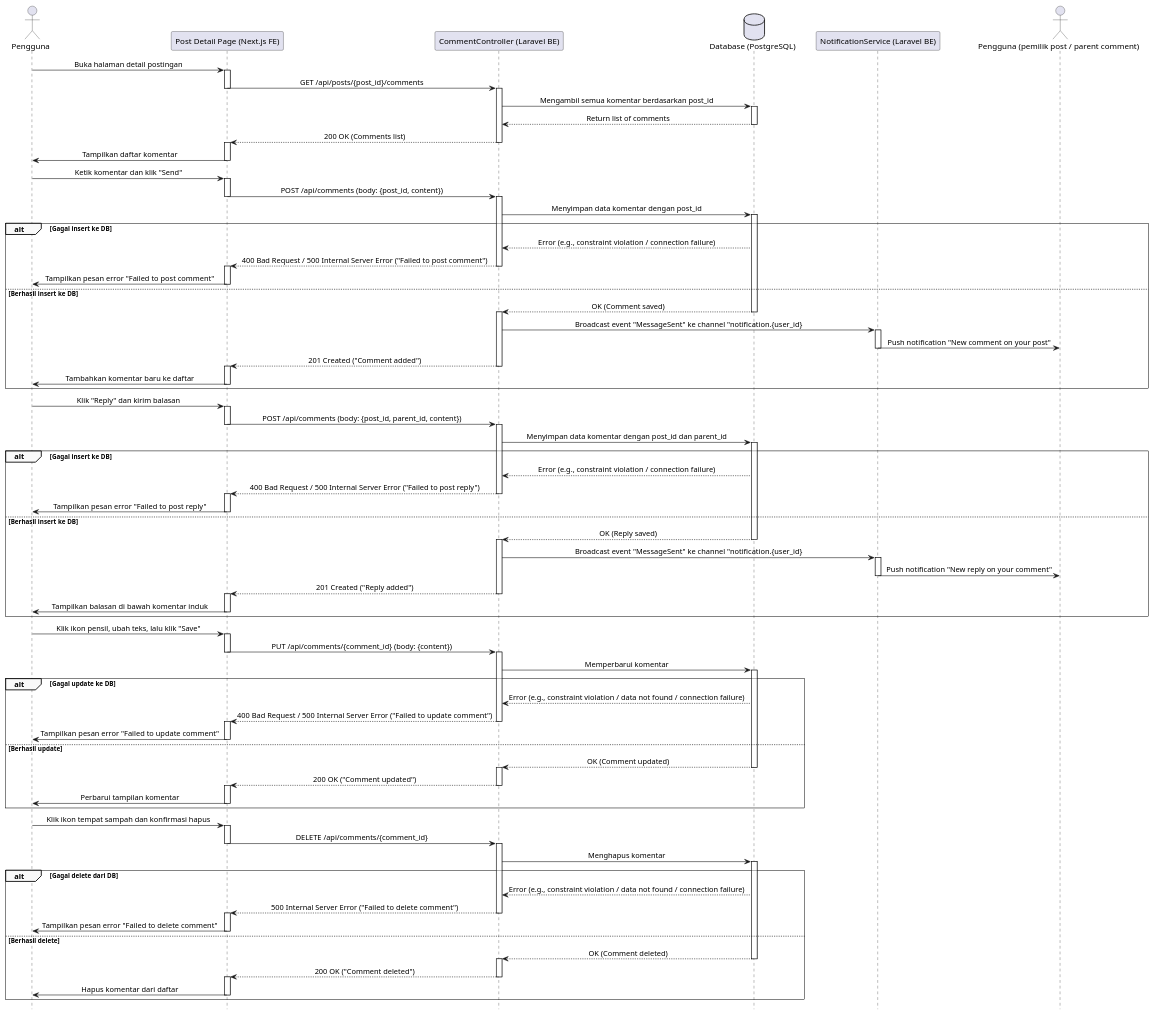
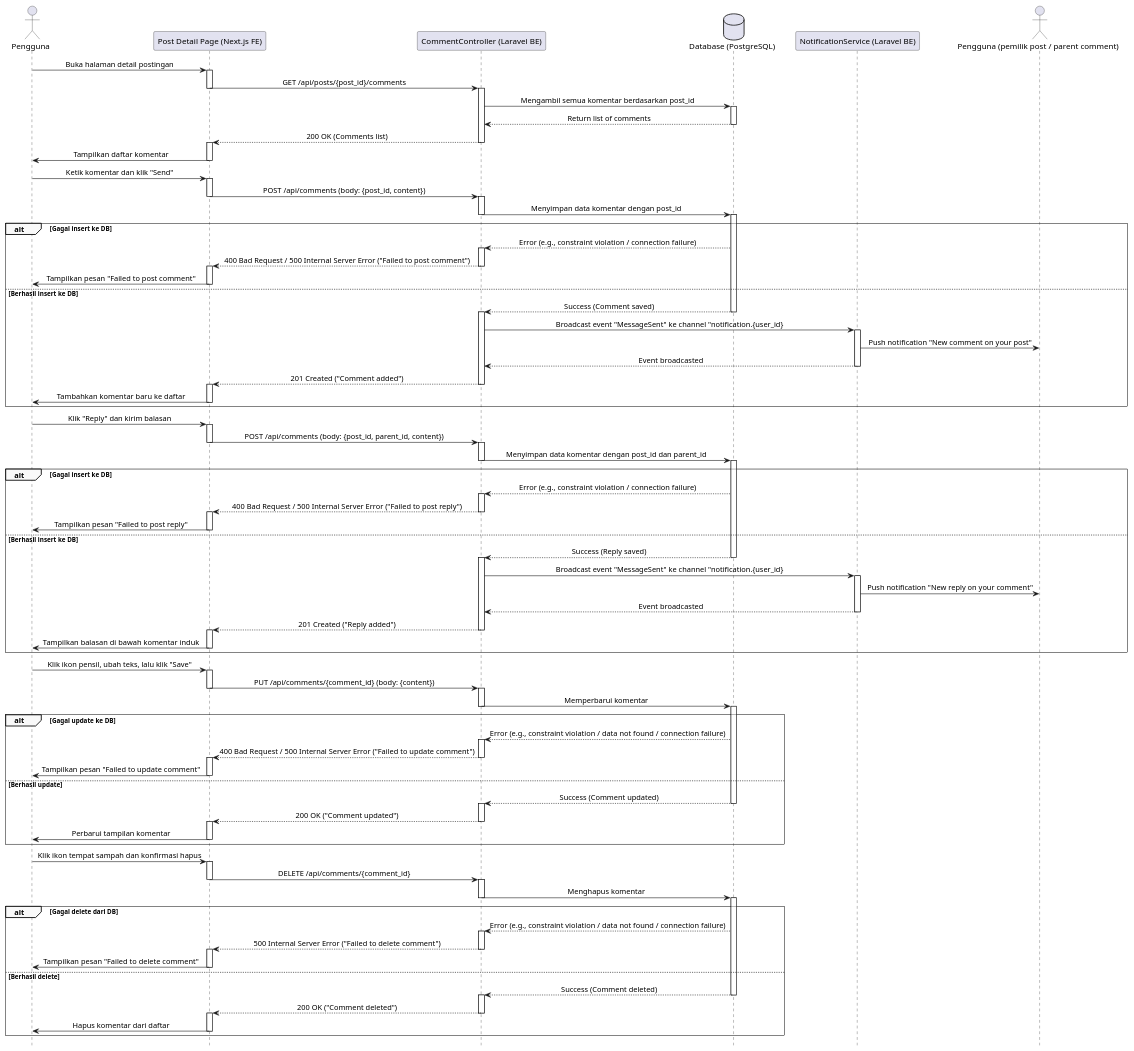
One commit to fadhel-rizanda/skripsi-plantuml changed the diagram in sequence/MengelolaKomentar.plantuml. Above: the diagram before and after it, drawn with PlantUML. The commit also changed 29 other files, not shown here.

```diff
--- a/sequence/MengelolaKomentar.plantuml
+++ b/sequence/MengelolaKomentar.plantuml
@@ -1,158 +1,170 @@
 @startuml
 ' === Styling ===
 skinparam sequence {
     LifelineFooterStrategy none
     MessageAlign center
     ArrowThickness 1
     ParticipantPadding 20
     GroupBorderThickness 0.5
     GroupBackgroundColor #F9F9F9
 }
 hide footbox
 
 
 ' === Participants ===
 actor Pengguna
 participant "Post Detail Page (Next.js FE)" as FE
 participant "CommentController (Laravel BE)" as BE
 database "Database (PostgreSQL)" as DB
 participant "NotificationService (Laravel BE)" as NS
 actor "Pengguna (pemilik post / parent comment)" as FE_Adopter
 
 ' === Normal Flow: Membuka Halaman Komentar ===
 Pengguna -> FE: Buka halaman detail postingan
 activate FE
 FE -> BE: GET /api/posts/{post_id}/comments
 deactivate FE
 activate BE
 BE -> DB: Mengambil semua komentar berdasarkan post_id
 activate DB
 DB --> BE: Return list of comments
 deactivate DB
 BE --> FE: 200 OK (Comments list)
 deactivate BE
 activate FE
 FE -> Pengguna: Tampilkan daftar komentar
 deactivate FE
 
 
 ' === Flow 3: Menambah Komentar Baru ===
 Pengguna -> FE: Ketik komentar dan klik "Send"
 activate FE
 FE -> BE: POST /api/comments (body: {post_id, content})
 deactivate FE
 activate BE
 BE -> DB: Menyimpan data komentar dengan post_id
+deactivate BE
 activate DB
 alt Gagal insert ke DB
     DB --> BE: Error (e.g., constraint violation / connection failure)
+    activate BE
     BE --> FE: 400 Bad Request / 500 Internal Server Error ("Failed to post comment")
     deactivate BE
     activate FE
-    FE -> Pengguna: Tampilkan pesan error "Failed to post comment"
+    FE -> Pengguna: Tampilkan pesan "Failed to post comment"
     deactivate FE
 else Berhasil insert ke DB
-    DB --> BE: OK (Comment saved)
+    DB --> BE: Success (Comment saved)
     deactivate DB
     activate BE
 
     BE -> NS: Broadcast event "MessageSent" ke channel "notification.{user_id}
     activate NS
     NS -> FE_Adopter: Push notification "New comment on your post"
+    NS --> BE: Event broadcasted
+
     deactivate NS
 
     BE --> FE: 201 Created ("Comment added")
     deactivate BE
     activate FE
     FE -> Pengguna: Tambahkan komentar baru ke daftar
     deactivate FE
 end
 
 
 ' === Flow 4: Membalas Komentar ===
 Pengguna -> FE: Klik "Reply" dan kirim balasan
 activate FE
 FE -> BE: POST /api/comments (body: {post_id, parent_id, content})
 deactivate FE
 activate BE
 BE -> DB: Menyimpan data komentar dengan post_id dan parent_id
+deactivate BE
 activate DB
 alt Gagal insert ke DB
     DB --> BE: Error (e.g., constraint violation / connection failure)
+    activate BE
+
     BE --> FE: 400 Bad Request / 500 Internal Server Error ("Failed to post reply")
     deactivate BE
     activate FE
-    FE -> Pengguna: Tampilkan pesan error "Failed to post reply"
+    FE -> Pengguna: Tampilkan pesan "Failed to post reply"
     deactivate FE
 else Berhasil insert ke DB
-    DB --> BE: OK (Reply saved)
+    DB --> BE: Success (Reply saved)
     deactivate DB
     activate BE
 
     BE -> NS: Broadcast event "MessageSent" ke channel "notification.{user_id}
     activate NS
     NS -> FE_Adopter: Push notification "New reply on your comment"
+    NS --> BE: Event broadcasted
     deactivate NS
 
     BE --> FE: 201 Created ("Reply added")
     deactivate BE
     activate FE
     FE -> Pengguna: Tampilkan balasan di bawah komentar induk
     deactivate FE
 end
 
 
 ' === Flow 5: Mengedit Komentar ===
 Pengguna -> FE: Klik ikon pensil, ubah teks, lalu klik "Save"
 activate FE
 FE -> BE: PUT /api/comments/{comment_id} (body: {content})
 deactivate FE
 activate BE
 BE -> DB: Memperbarui komentar
+deactivate BE
 activate DB
 alt Gagal update ke DB
     DB --> BE: Error (e.g., constraint violation / data not found / connection failure)
+    activate BE
     BE --> FE: 400 Bad Request / 500 Internal Server Error ("Failed to update comment")
     deactivate BE
     activate FE
-    FE -> Pengguna: Tampilkan pesan error "Failed to update comment"
+    FE -> Pengguna: Tampilkan pesan "Failed to update comment"
     deactivate FE
 else Berhasil update
-    DB --> BE: OK (Comment updated)
+    DB --> BE: Success (Comment updated)
     deactivate DB
     activate BE
     BE --> FE: 200 OK ("Comment updated")
     deactivate BE
     activate FE
     FE -> Pengguna: Perbarui tampilan komentar
     deactivate FE
 end
 
 
 ' === Flow 6: Menghapus Komentar ===
 Pengguna -> FE: Klik ikon tempat sampah dan konfirmasi hapus
 activate FE
 FE -> BE: DELETE /api/comments/{comment_id}
 deactivate FE
 activate BE
 BE -> DB: Menghapus komentar
+deactivate BE
 activate DB
 alt Gagal delete dari DB
     DB --> BE: Error (e.g., constraint violation / data not found / connection failure)
+    activate BE
     BE --> FE: 500 Internal Server Error ("Failed to delete comment")
     deactivate BE
     activate FE
-    FE -> Pengguna: Tampilkan pesan error "Failed to delete comment"
+    FE -> Pengguna: Tampilkan pesan "Failed to delete comment"
     deactivate FE
 else Berhasil delete
-    DB --> BE: OK (Comment deleted)
+    DB --> BE: Success (Comment deleted)
     deactivate DB
     activate BE
     BE --> FE: 200 OK ("Comment deleted")
     deactivate BE
     activate FE
     FE -> Pengguna: Hapus komentar dari daftar
     deactivate FE
 end
 
 @enduml
```
